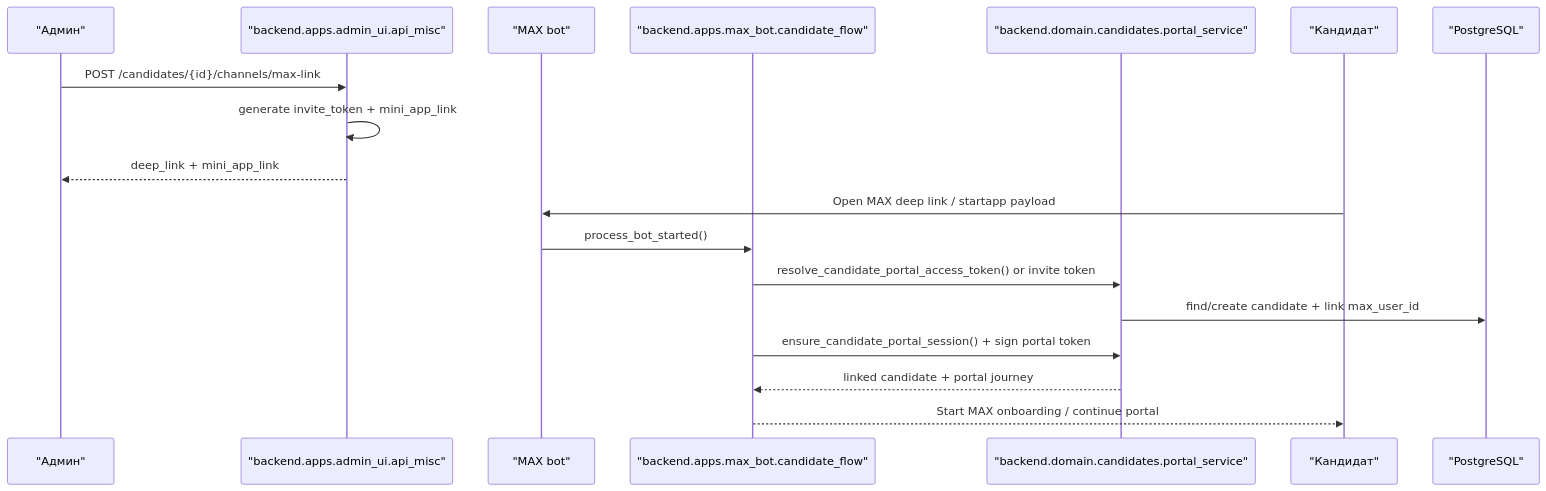
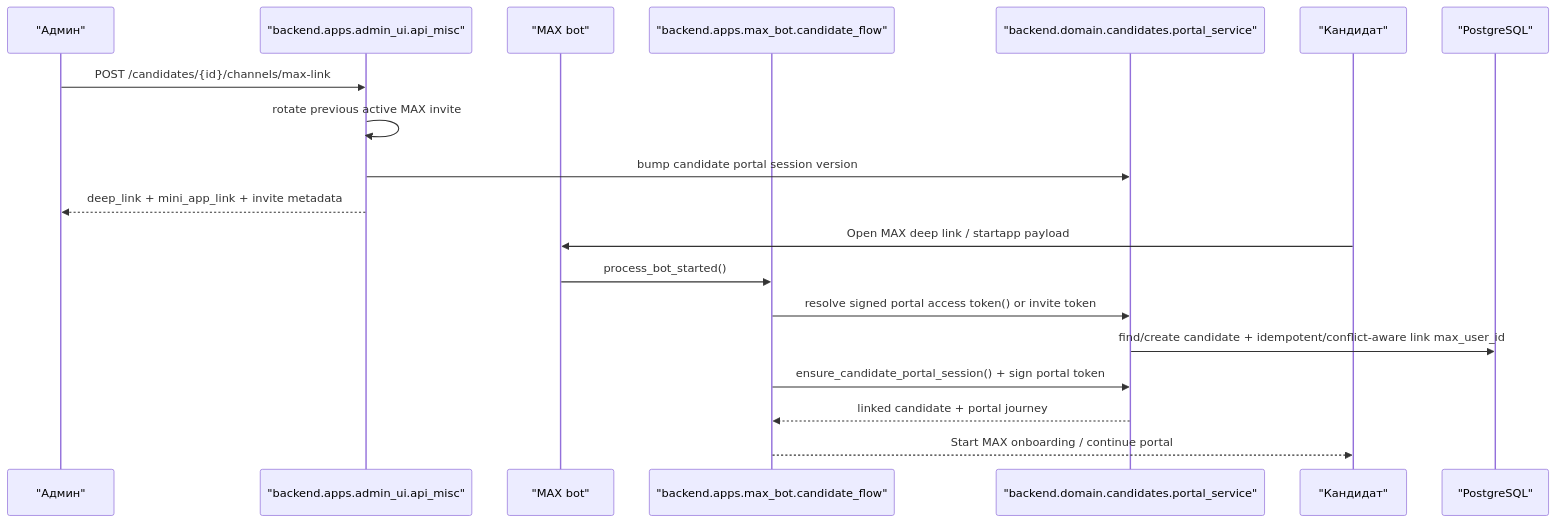
One commit to padka/HR changed the seventh of 12 diagrams in docs/architecture/core-workflows.md. Above: the diagram before and after it, drawn with Mermaid. The commit also changed other lines of this file and 18 other files, not shown here.

````diff
--- a/docs/architecture/core-workflows.md
+++ b/docs/architecture/core-workflows.md
@@ -164,21 +178,22 @@
 ```mermaid
 sequenceDiagram
     participant A as "Админ"
     participant UI as "backend.apps.admin_ui.api_misc"
     participant M as "MAX bot"
     participant FLOW as "backend.apps.max_bot.candidate_flow"
     participant DOM as "backend.domain.candidates.portal_service"
     participant C as "Кандидат"
     participant DB as "PostgreSQL"
 
     A->>UI: POST /candidates/{id}/channels/max-link
-    UI->>UI: generate invite_token + mini_app_link
-    UI-->>A: deep_link + mini_app_link
+    UI->>UI: rotate previous active MAX invite
+    UI->>DOM: bump candidate portal session version
+    UI-->>A: deep_link + mini_app_link + invite metadata
     C->>M: Open MAX deep link / startapp payload
     M->>FLOW: process_bot_started()
-    FLOW->>DOM: resolve_candidate_portal_access_token() or invite token
-    DOM->>DB: find/create candidate + link max_user_id
+    FLOW->>DOM: resolve signed portal access token() or invite token
+    DOM->>DB: find/create candidate + idempotent/conflict-aware link max_user_id
     FLOW->>DOM: ensure_candidate_portal_session() + sign portal token
     DOM-->>FLOW: linked candidate + portal journey
     FLOW-->>C: Start MAX onboarding / continue portal
 ```
````
